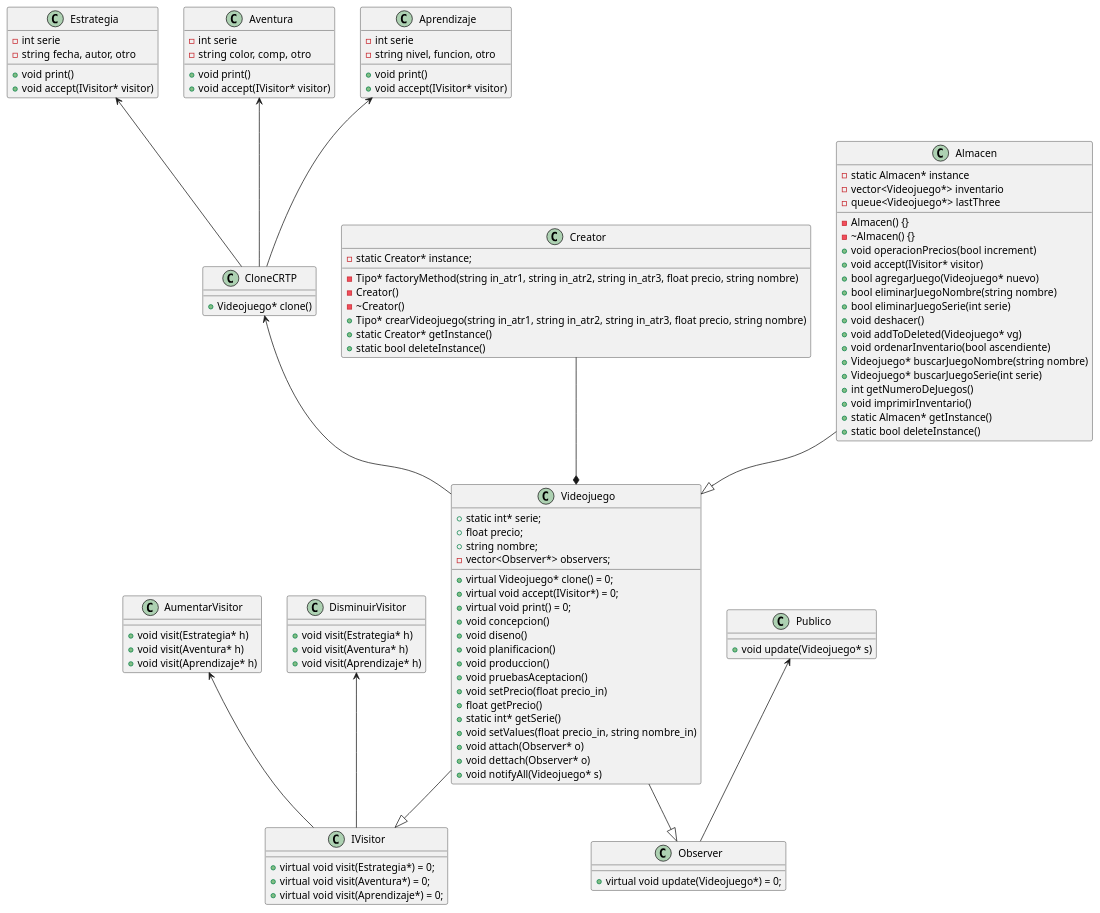
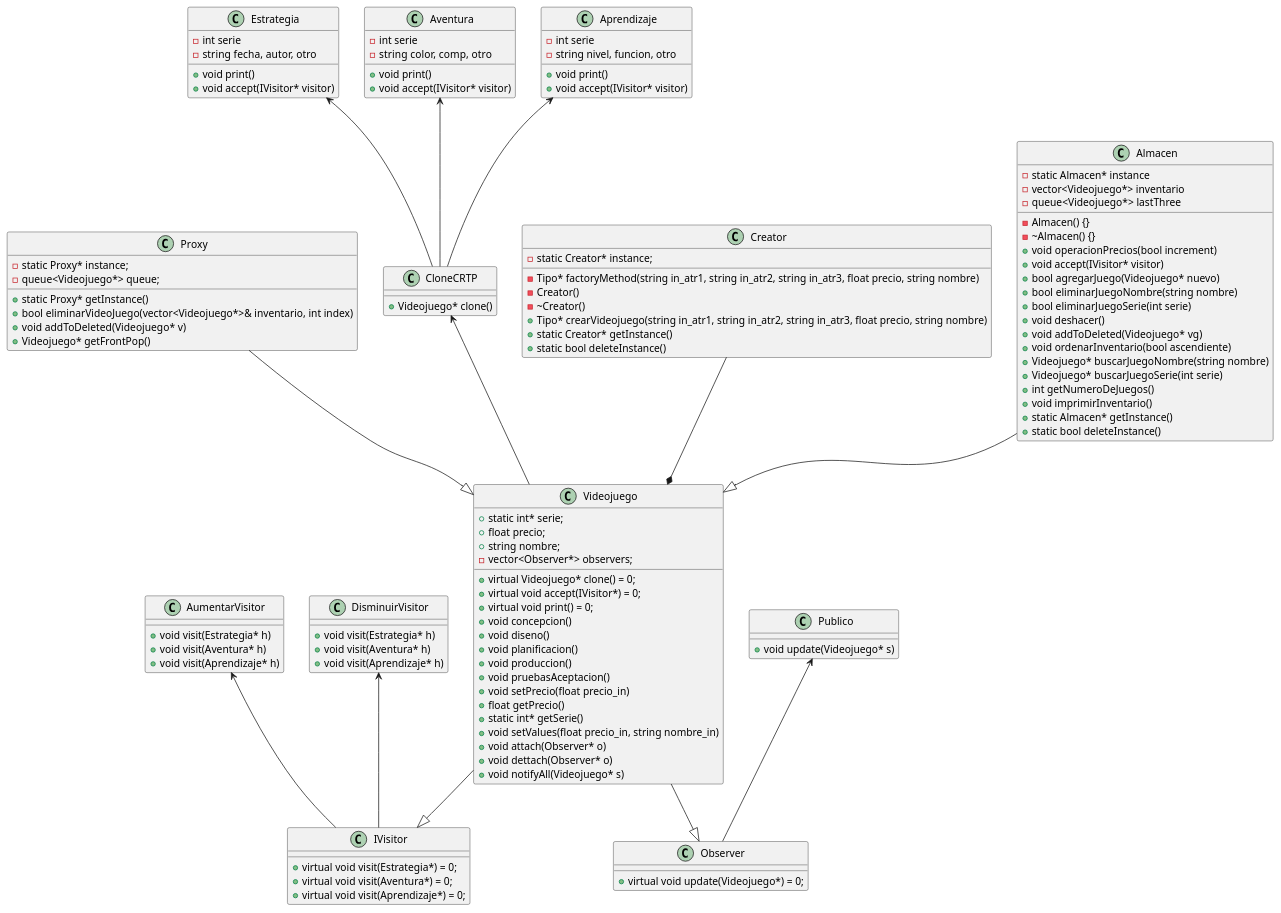
Before and after one commit to semylevy/A01023530_aymss18: the diagram in Evaluaciones/E2.2/clases.puml, drawn with PlantUML.

Commit message:
Diagram fixes

```diff
--- a/Evaluaciones/E2.2/clases.puml
+++ b/Evaluaciones/E2.2/clases.puml
@@ -1,121 +1,131 @@
 @startuml
 
 class Observer {
     +virtual void update(Videojuego*) = 0;
+}
+
+class Proxy {
+    -static Proxy* instance;
+    -queue<Videojuego*> queue;
+    +static Proxy* getInstance()
+    +bool eliminarVideoJuego(vector<Videojuego*>& inventario, int index)
+    +void addToDeleted(Videojuego* v)
+    +Videojuego* getFrontPop()
 }
 
 class Videojuego {
     +virtual Videojuego* clone() = 0;
     +virtual void accept(IVisitor*) = 0;
     +virtual void print() = 0;
     +static int* serie;
     +void concepcion()
     +void diseno()
     +void planificacion()
     +void produccion()
     +void pruebasAceptacion()
     +void setPrecio(float precio_in)
     +float getPrecio()
     +float precio;
     +string nombre;
     +static int* getSerie()
     +void setValues(float precio_in, string nombre_in)
     +void attach(Observer* o)
     +void dettach(Observer* o)
     +void notifyAll(Videojuego* s)
     -vector<Observer*> observers;
 }
 
 class CloneCRTP{
     +Videojuego* clone()
 }
 
 class Estrategia{
     +void print()
     +void accept(IVisitor* visitor)
     -int serie
     -string fecha, autor, otro
 }
 
 class Aventura{
     +void print()
     +void accept(IVisitor* visitor)
     -int serie
     -string color, comp, otro
 }
 
 class Aprendizaje{
     +void print()
     +void accept(IVisitor* visitor)
     -int serie
     -string nivel, funcion, otro
 }
 
 class Creator {
     -static Creator* instance;
     -Tipo* factoryMethod(string in_atr1, string in_atr2, string in_atr3, float precio, string nombre)
     -Creator()
     -~Creator()
     +Tipo* crearVideojuego(string in_atr1, string in_atr2, string in_atr3, float precio, string nombre)
     +static Creator* getInstance()
     +static bool deleteInstance()
 }
 
 class IVisitor {
     +virtual void visit(Estrategia*) = 0;
     +virtual void visit(Aventura*) = 0;
     +virtual void visit(Aprendizaje*) = 0;
 }
 
 class AumentarVisitor{
     +void visit(Estrategia* h)
     +void visit(Aventura* h)
     +void visit(Aprendizaje* h)
 }
 
 class DisminuirVisitor{
     +void visit(Estrategia* h)
     +void visit(Aventura* h)
     +void visit(Aprendizaje* h)
 }
 
 class Almacen {
     -static Almacen* instance
     -vector<Videojuego*> inventario
     -queue<Videojuego*> lastThree
     -Almacen() {}
     -~Almacen() {}
     +void operacionPrecios(bool increment)
     +void accept(IVisitor* visitor)
     +bool agregarJuego(Videojuego* nuevo)
     +bool eliminarJuegoNombre(string nombre)
     +bool eliminarJuegoSerie(int serie)
     +void deshacer()
     +void addToDeleted(Videojuego* vg)
     +void ordenarInventario(bool ascendiente)
     +Videojuego* buscarJuegoNombre(string nombre)
     +Videojuego* buscarJuegoSerie(int serie)
     +int getNumeroDeJuegos()
     +void imprimirInventario()
     +static Almacen* getInstance()
     +static bool deleteInstance()
 }
 
 class Publico{
     +void update(Videojuego* s)
 }
 
 
 CloneCRTP <-- Videojuego
 Estrategia <-- CloneCRTP
 Aventura <-- CloneCRTP
 Aprendizaje <-- CloneCRTP
 AumentarVisitor <-- IVisitor
 DisminuirVisitor <-- IVisitor
 Publico <-- Observer
 Almacen --|> Videojuego
 Creator --* Videojuego
 Videojuego --|> IVisitor
 Videojuego --|> Observer
+Proxy --|> Videojuego
 
 @enduml
```
